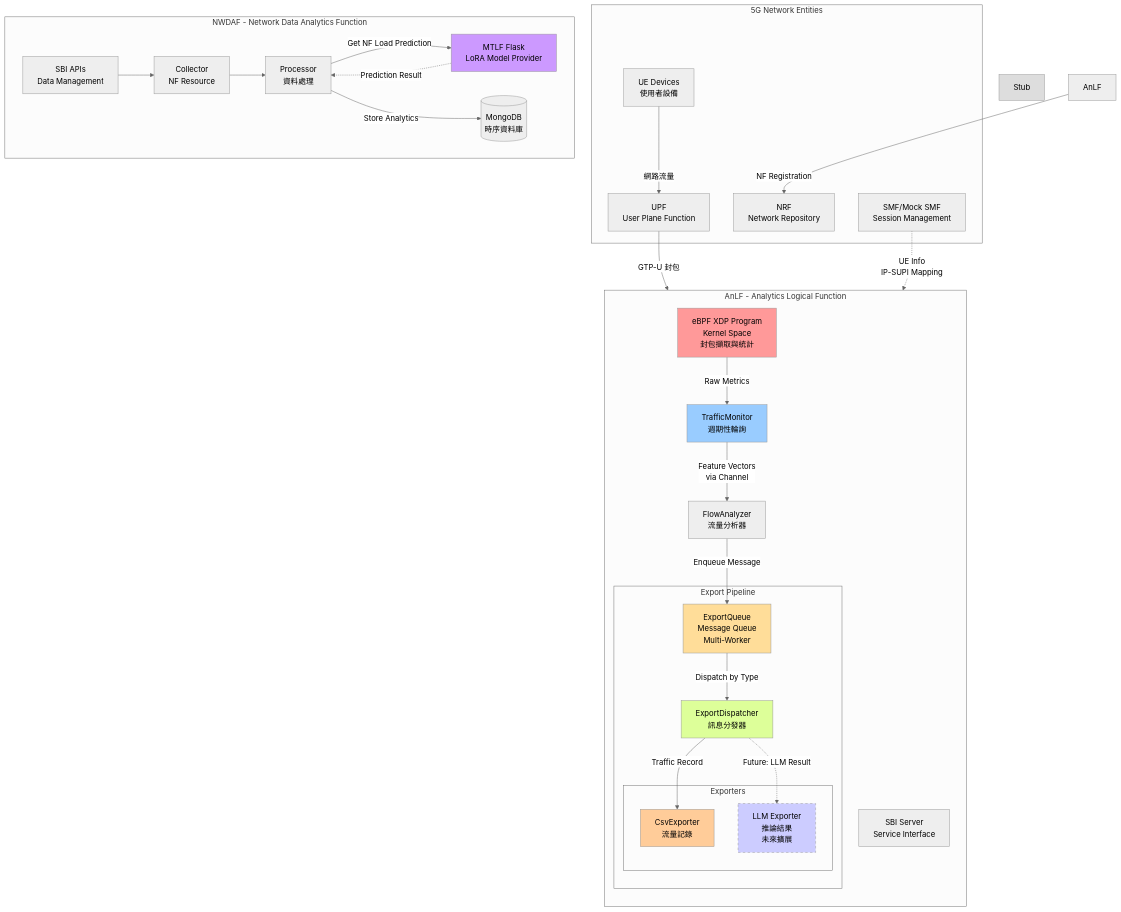
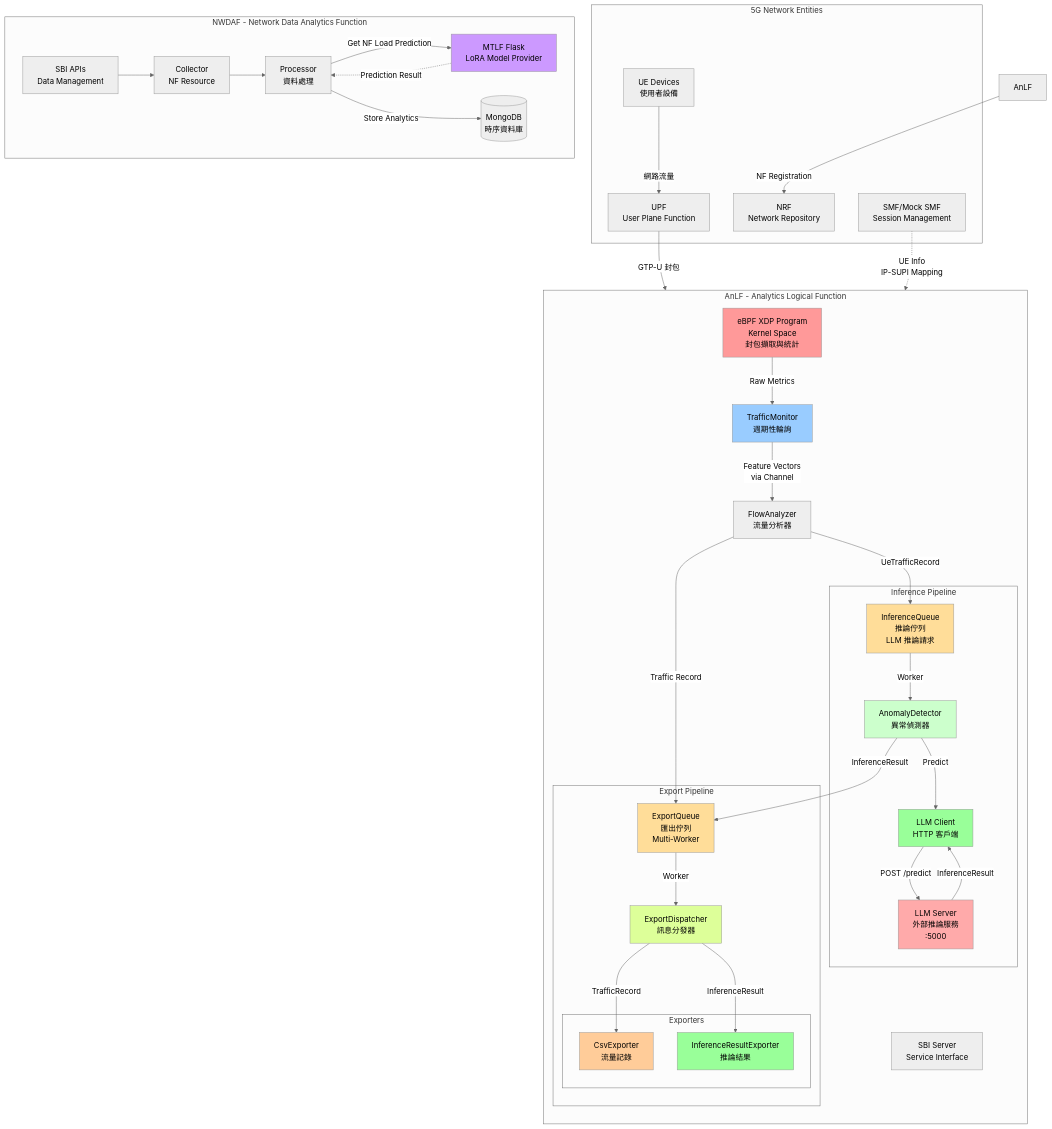
Before and after one commit to ian-cs12-NYCU/AnLF: the first of 8 diagrams in docs/architecture.md, drawn with Mermaid. The commit also changed other lines of this file, not shown here.

Commit message:
doc: update system architecture graph

````diff
--- a/docs/architecture.md
+++ b/docs/architecture.md
@@ -18,13 +18,20 @@
         Monitor[TrafficMonitor<br/>週期性輪詢]
         Analyzer[FlowAnalyzer<br/>流量分析器]
         
+        subgraph "Inference Pipeline"
+            InfQueue[InferenceQueue<br/>推論佇列<br/>LLM 推論請求]
+            Detector[AnomalyDetector<br/>異常偵測器]
+            LLMClient[LLM Client<br/>HTTP 客戶端]
+            LLMServer["LLM Server<br/>外部推論服務<br/>:5000"]
+        end
+        
         subgraph "Export Pipeline"
-            Queue[ExportQueue<br/>Message Queue<br/>Multi-Worker]
+            ExpQueue[ExportQueue<br/>匯出佇列<br/>Multi-Worker]
             Dispatcher[ExportDispatcher<br/>訊息分發器]
             
             subgraph "Exporters"
                 CSV[CsvExporter<br/>流量記錄]
-                LLM[LLM Exporter<br/>推論結果<br/>未來擴展]
+                InfExp[InferenceResultExporter<br/>推論結果]
             end
         end
         
@@ -46,10 +53,18 @@
     SMF -.->|UE Info<br/>IP-SUPI Mapping| Monitor
     
     Monitor -->|Feature Vectors<br/>via Channel| Analyzer
-    Analyzer -->|Enqueue Message| Queue
-    Queue -->|Dispatch by Type| Dispatcher
-    Dispatcher -->|Traffic Record| CSV
-    Dispatcher -.->|Future: LLM Result| LLM
+    Analyzer -->|Traffic Record| ExpQueue
+    Analyzer -->|UeTrafficRecord| InfQueue
+    
+    InfQueue -->|Worker| Detector
+    Detector -->|Predict| LLMClient
+    LLMClient -->|POST /predict| LLMServer
+    LLMServer -->|InferenceResult| LLMClient
+    Detector -->|InferenceResult| ExpQueue
+    
+    ExpQueue -->|Worker| Dispatcher
+    Dispatcher -->|TrafficRecord| CSV
+    Dispatcher -->|InferenceResult| InfExp
     
     AnLF -->|NF Registration| NRF
     
@@ -61,10 +76,13 @@
     
     style eBPF fill:#ff9999
     style Monitor fill:#99ccff
-    style Queue fill:#ffdd99
+    style InfQueue fill:#ffdd99
+    style Detector fill:#ccffcc
+    style LLMClient fill:#99ff99
+    style ExpQueue fill:#ffdd99
     style Dispatcher fill:#ddff99
     style CSV fill:#ffcc99
-    style LLM fill:#ccccff,stroke-dasharray: 5 5
-    style Stub fill:#dddddd
+    style InfExp fill:#99ff99
     style MTLF fill:#cc99ff
+    style LLMServer fill:#ffaaaa
 ```
````
